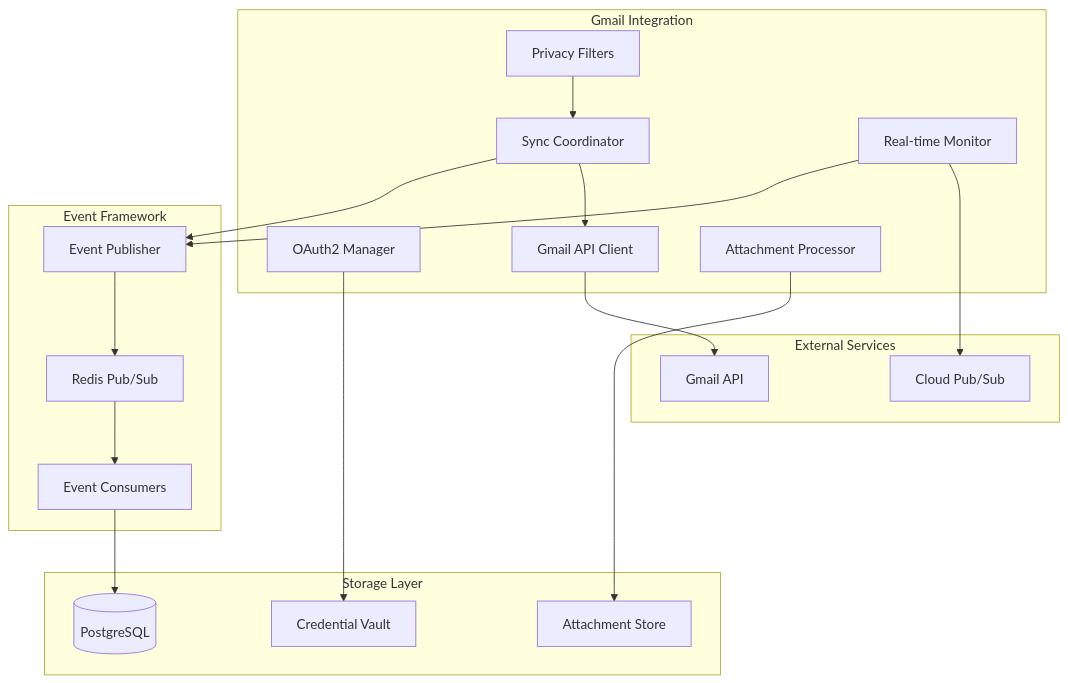
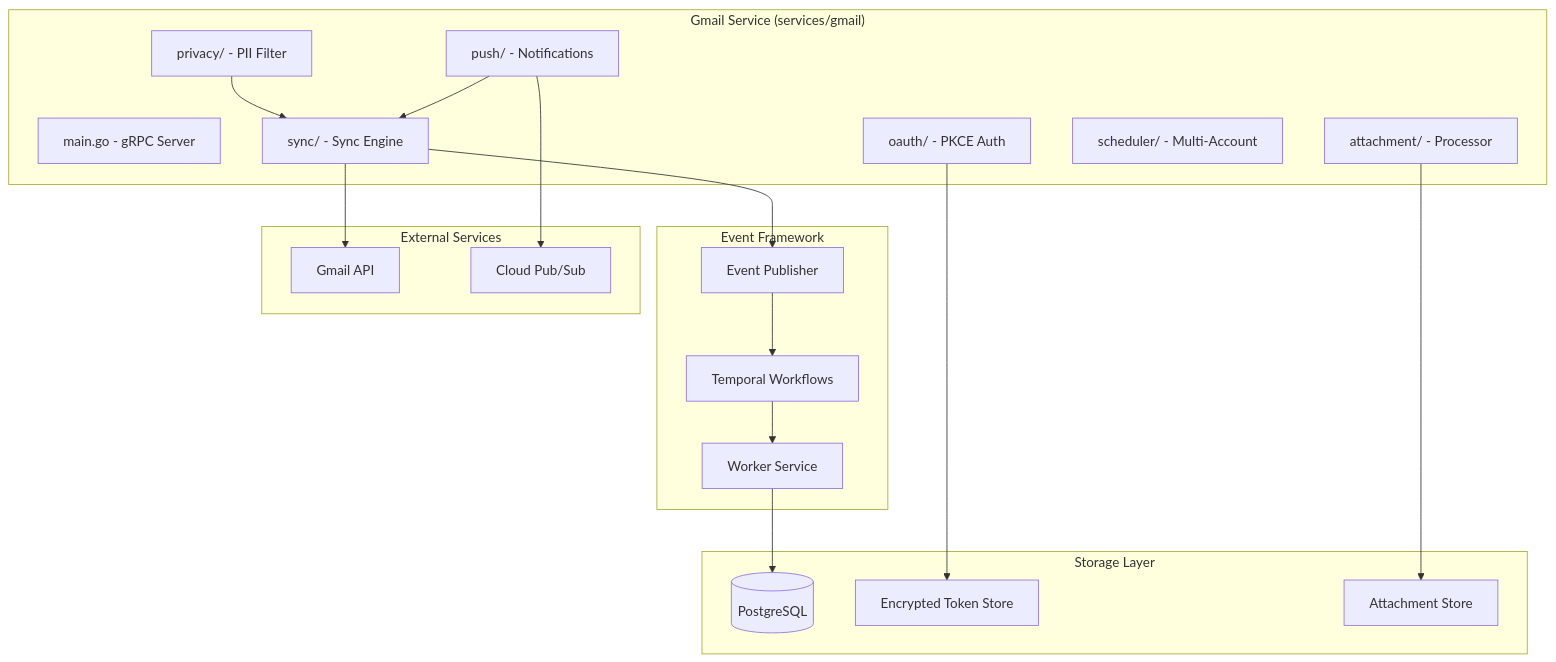
Before and after one commit to otherjamesbrown/penfold: the first of 3 diagrams in docs/gmail-integration/architecture.md, drawn with Mermaid. The commit also changed other lines of this file and 4 other files, not shown here.

First line of the commit message:
docs: Update gmail-integration docs from Python to Go [pe-0xu2]

````diff
--- a/docs/gmail-integration/architecture.md
+++ b/docs/gmail-integration/architecture.md
@@ -9,42 +9,41 @@
 ```mermaid
 graph TB
-    subgraph "Gmail Integration"
-        Auth[OAuth2 Manager]
-        Client[Gmail API Client]
-        Sync[Sync Coordinator]
-        Monitor[Real-time Monitor]
-        Privacy[Privacy Filters]
-        Attach[Attachment Processor]
+    subgraph "Gmail Service (services/gmail)"
+        Main[main.go - gRPC Server]
+        OAuth[oauth/ - PKCE Auth]
+        Sync[sync/ - Sync Engine]
+        Push[push/ - Notifications]
+        Privacy[privacy/ - PII Filter]
+        Attach[attachment/ - Processor]
+        Scheduler[scheduler/ - Multi-Account]
     end
 
     subgraph "Event Framework"
         Publisher[Event Publisher]
-        Queue[Redis Pub/Sub]
-        Consumers[Event Consumers]
+        Temporal[Temporal Workflows]
+        Worker[Worker Service]
     end
 
     subgraph "Storage Layer"
         DB[(PostgreSQL)]
-        Vault[Credential Vault]
+        TokenStore[Encrypted Token Store]
         Files[Attachment Store]
     end
 
     subgraph "External Services"
         Gmail[Gmail API]
         PubSub[Cloud Pub/Sub]
     end
 
-    Auth --> Vault
-    Client --> Gmail
-    Sync --> Client
-    Monitor --> PubSub
+    OAuth --> TokenStore
+    Sync --> Gmail
+    Push --> PubSub
     Privacy --> Sync
     Attach --> Files
 
     Sync --> Publisher
-    Monitor --> Publisher
-    Publisher --> Queue
-    Queue --> Consumers
-
-    Consumers --> DB
+    Push --> Sync
+    Publisher --> Temporal
+    Temporal --> Worker
+    Worker --> DB
 ```
````
